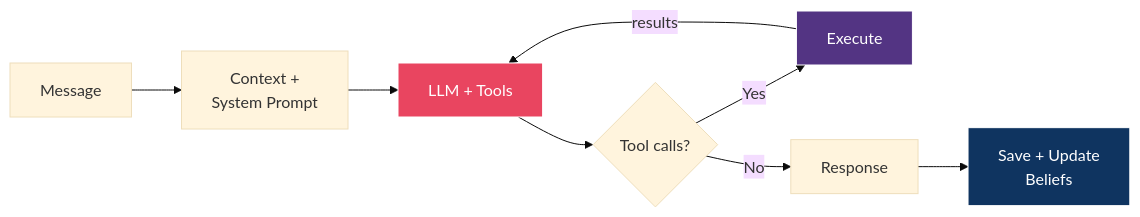
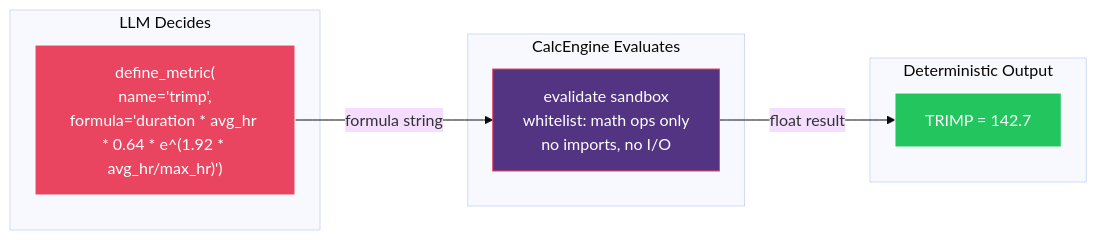
Before and after one commit to RnltLabs/athletly-backend: the second of 15 diagrams in README.md, drawn with Mermaid (base theme). The commit also changed other lines of this file, not shown here.

First line of the commit message:
docs: rewrite README with architecture diagrams and technical deep-dive

````diff
--- a/README.md
+++ b/README.md
@@ -83,14 +123,21 @@
 ```mermaid
 flowchart LR
-    A["Message"] --> B["Context +<br/>System Prompt"]
-    B --> C["LLM + Tools"]
-    C --> D{Tool calls?}
-    D -->|Yes| E["Execute"]
-    E -->|results| C
-    D -->|No| F["Response"]
-    F --> G["Save + Update<br/>Beliefs"]
+    subgraph LLM["LLM Decides"]
+        A["define_metric(<br/>name='trimp',<br/>formula='duration * avg_hr * 0.64 * e^(1.92 * avg_hr/max_hr)')"]
+    end
 
-    style C fill:#e94560,stroke:#fff,color:#fff
-    style E fill:#533483,stroke:#fff,color:#fff
-    style G fill:#0f3460,stroke:#fff,color:#fff
+    subgraph Engine["CalcEngine Evaluates"]
+        B["evalidate sandbox<br/>whitelist: math ops only<br/>no imports, no I/O"]
+    end
+
+    subgraph Result["Deterministic Output"]
+        C["TRIMP = 142.7"]
+    end
+
+    A -->|"formula string"| B
+    B -->|"float result"| C
+
+    style A fill:#e94560,stroke:#fff,color:#fff
+    style B fill:#533483,stroke:#e94560,color:#fff
+    style C fill:#22C55E,stroke:#fff,color:#fff
 ```
````
